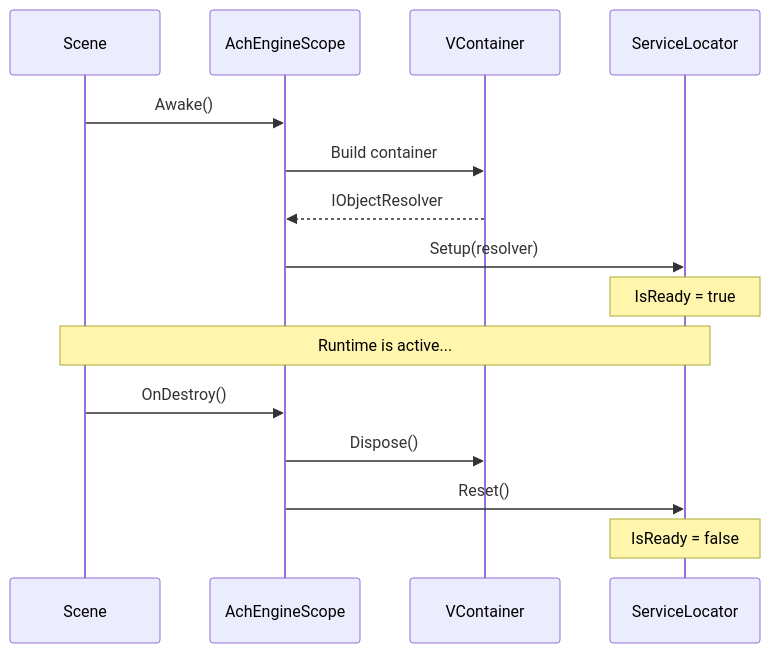
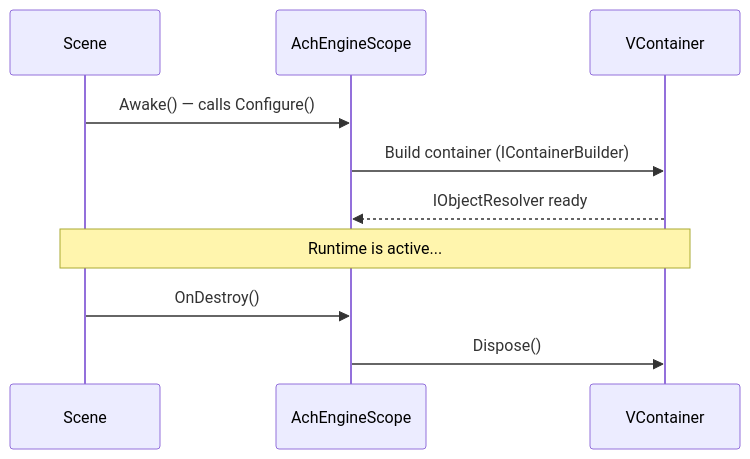
One commit to achieveonepark/AchEngine changed the diagram in Docs~/en/guide/di/installer.md. Above: the diagram before and after it, drawn with Mermaid. The commit also changed other lines of this file and 22 other files, not shown here.

````diff
--- a/Docs~/en/guide/di/installer.md
+++ b/Docs~/en/guide/di/installer.md
@@ -94,20 +101,15 @@
 ```mermaid
 sequenceDiagram
 participant Scene as Scene
 participant Scope as AchEngineScope
 participant Container as VContainer
-participant SL as ServiceLocator
 
-Scene->>Scope: Awake()
-Scope->>Container: Build container
-Container-->>Scope: IObjectResolver
-Scope->>SL: Setup(resolver)
-Note over SL: IsReady = true
+Scene->>Scope: Awake() — calls Configure()
+Scope->>Container: Build container (IContainerBuilder)
+Container-->>Scope: IObjectResolver ready
 
-Note over Scene,SL: Runtime is active...
+Note over Scene,Container: Runtime is active...
 
 Scene->>Scope: OnDestroy()
 Scope->>Container: Dispose()
-Scope->>SL: Reset()
-Note over SL: IsReady = false
 ```
````
